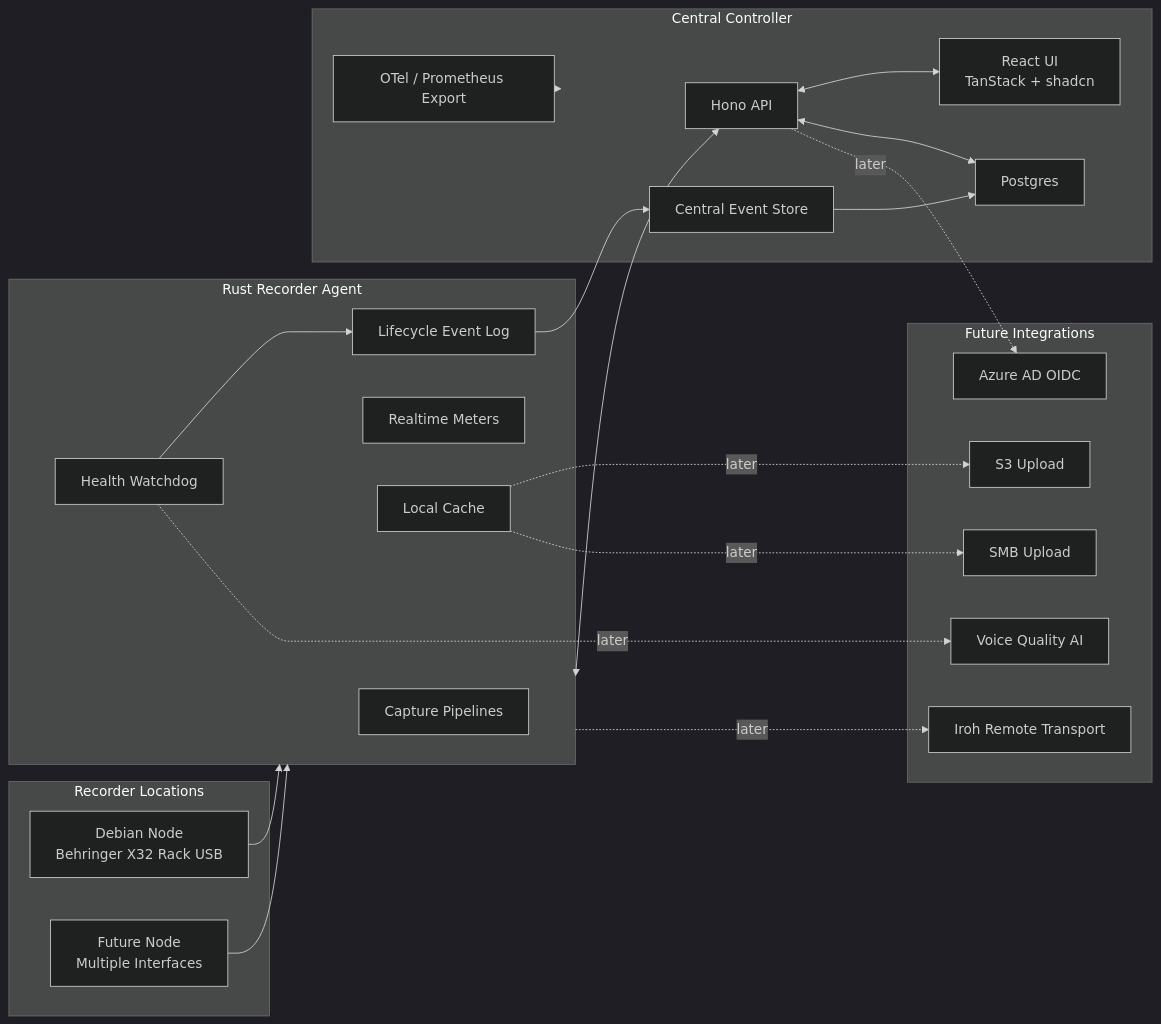
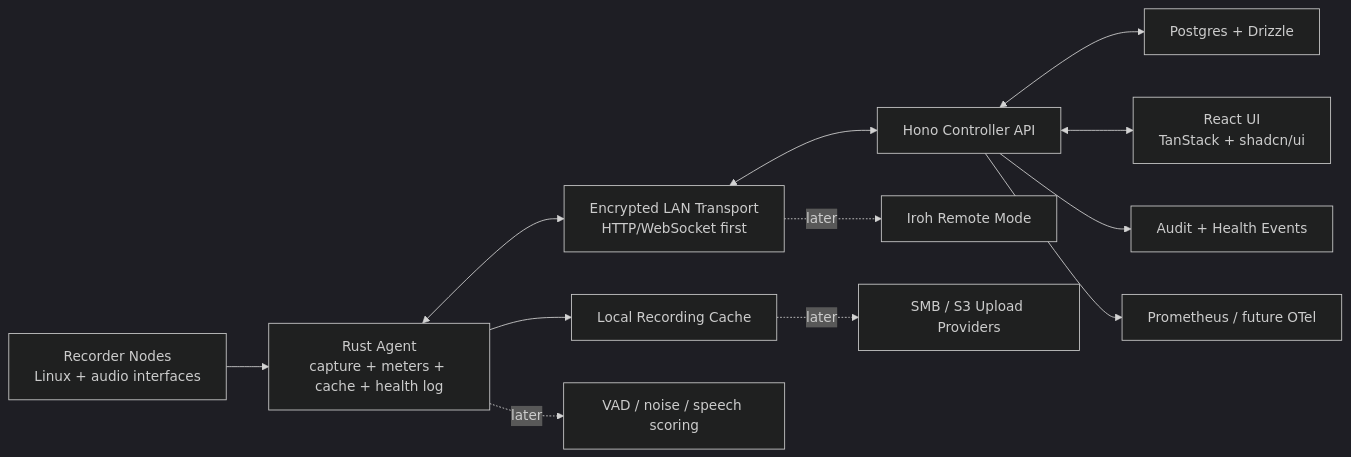
Before and after one commit to yashau/Rakkr: the diagram in docs/RAKKR_SOURCE_OF_TRUTH.md, drawn with Mermaid (dark theme). The commit also changed other lines of this file, not shown here.

````diff
--- a/docs/RAKKR_SOURCE_OF_TRUTH.md
+++ b/docs/RAKKR_SOURCE_OF_TRUTH.md
@@ -85,46 +89,14 @@
 ```mermaid
 flowchart LR
-  subgraph Rooms["Recorder Locations"]
-    X32["Debian Node\nBehringer X32 Rack USB"]
-    N2["Future Node\nMultiple Interfaces"]
-  end
-
-  subgraph Agent["Rust Recorder Agent"]
-    Capture["Capture Pipelines"]
-    Meters["Realtime Meters"]
-    Watchdog["Health Watchdog"]
-    Cache["Local Cache"]
-    Log["Lifecycle Event Log"]
-  end
-
-  subgraph Controller["Central Controller"]
-    API["Hono API"]
-    UI["React UI\nTanStack + shadcn"]
-    DB["Postgres"]
-    Events["Central Event Store"]
-    Metrics["OTel / Prometheus Export"]
-  end
-
-  subgraph Future["Future Integrations"]
-    S3["S3 Upload"]
-    SMB["SMB Upload"]
-    AI["Voice Quality AI"]
-    Iroh["Iroh Remote Transport"]
-    OIDC["Azure AD OIDC"]
-  end
-
-  X32 --> Agent
-  N2 --> Agent
-  Agent <--> API
-  API <--> UI
-  API <--> DB
-  Watchdog --> Log
-  Log --> Events
-  Events --> DB
-  Metrics --> Controller
-  Cache -. later .-> S3
-  Cache -. later .-> SMB
-  Watchdog -. later .-> AI
-  Agent -. later .-> Iroh
-  API -. later .-> OIDC
+  Nodes["Recorder Nodes\nLinux + audio interfaces"] --> Agent["Rust Agent\ncapture + meters + cache + health log"]
+  Agent <--> Transport["Encrypted LAN Transport\nHTTP/WebSocket first"]
+  Transport <--> API["Hono Controller API"]
+  API <--> DB["Postgres + Drizzle"]
+  API <--> UI["React UI\nTanStack + shadcn/ui"]
+  Agent --> Cache["Local Recording Cache"]
+  API --> Events["Audit + Health Events"]
+  API --> Metrics["Prometheus / future OTel"]
+  Cache -. later .-> Storage["SMB / S3 Upload Providers"]
+  Agent -. later .-> AI["VAD / noise / speech scoring"]
+  Transport -. later .-> Iroh["Iroh Remote Mode"]
 ```
````
